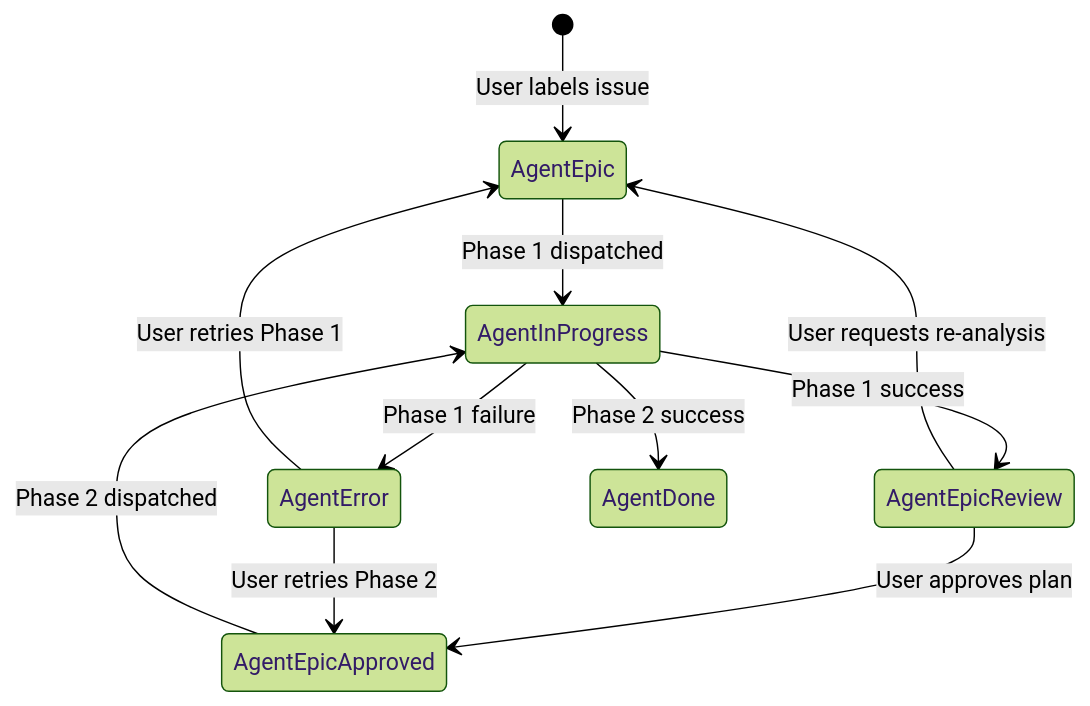
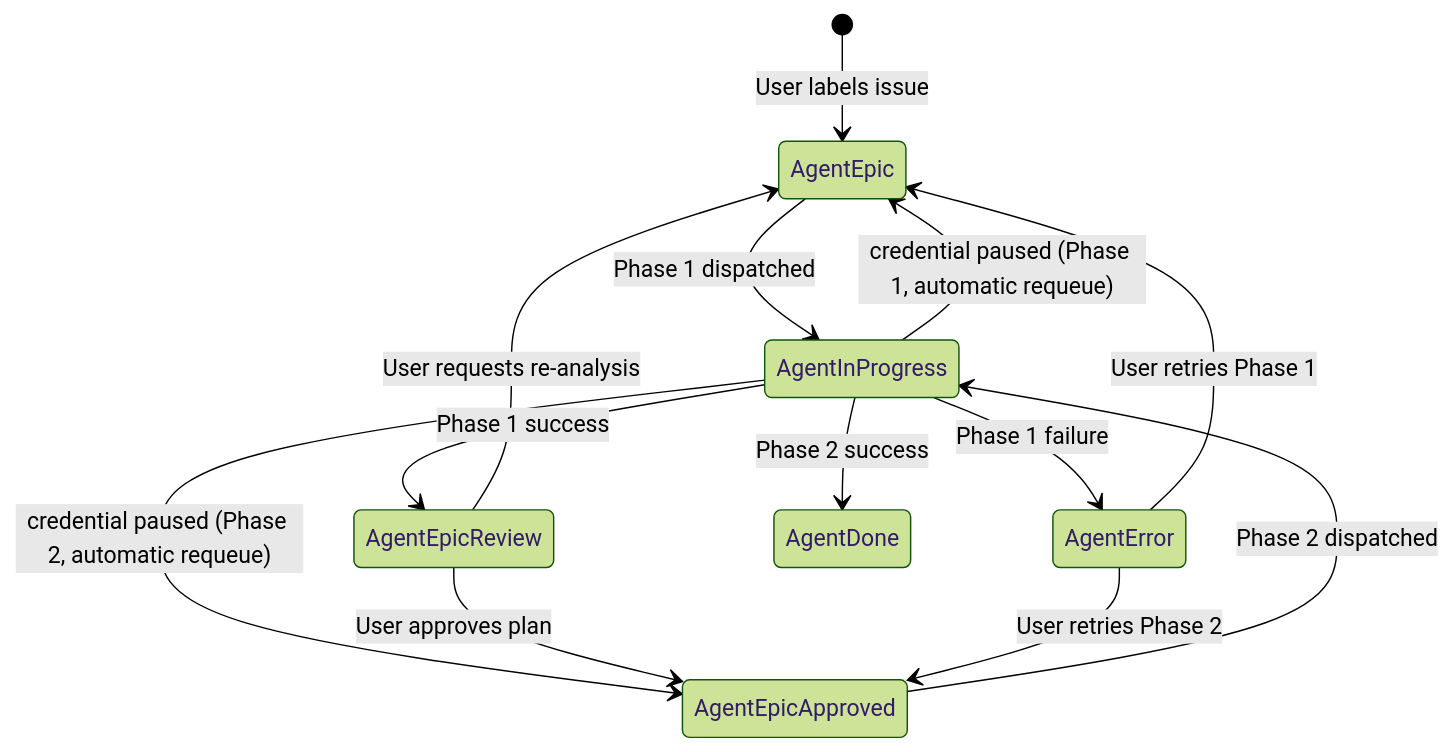
One commit to Chemsorly/coding-agent-automation changed the ninth of 9 diagrams in docs/pipeline-orchestration.md. Above: the diagram before and after it, drawn with Mermaid (forest theme). The commit also changed other lines of this file and 18 other files, not shown here.

````diff
--- a/docs/pipeline-orchestration.md
+++ b/docs/pipeline-orchestration.md
@@ -669,13 +674,15 @@
 ```mermaid
 stateDiagram-v2
     [*] --> AgentEpic : User labels issue
     AgentEpic --> AgentInProgress : Phase 1 dispatched
     AgentInProgress --> AgentEpicReview : Phase 1 success
     AgentInProgress --> AgentError : Phase 1 failure
+    AgentInProgress --> AgentEpic : credential paused (Phase 1, automatic requeue)
+    AgentInProgress --> AgentEpicApproved : credential paused (Phase 2, automatic requeue)
     AgentEpicReview --> AgentEpic : User requests re-analysis
     AgentEpicReview --> AgentEpicApproved : User approves plan
     AgentEpicApproved --> AgentInProgress : Phase 2 dispatched
     AgentInProgress --> AgentDone : Phase 2 success
     AgentError --> AgentEpic : User retries Phase 1
     AgentError --> AgentEpicApproved : User retries Phase 2
 ```
````
